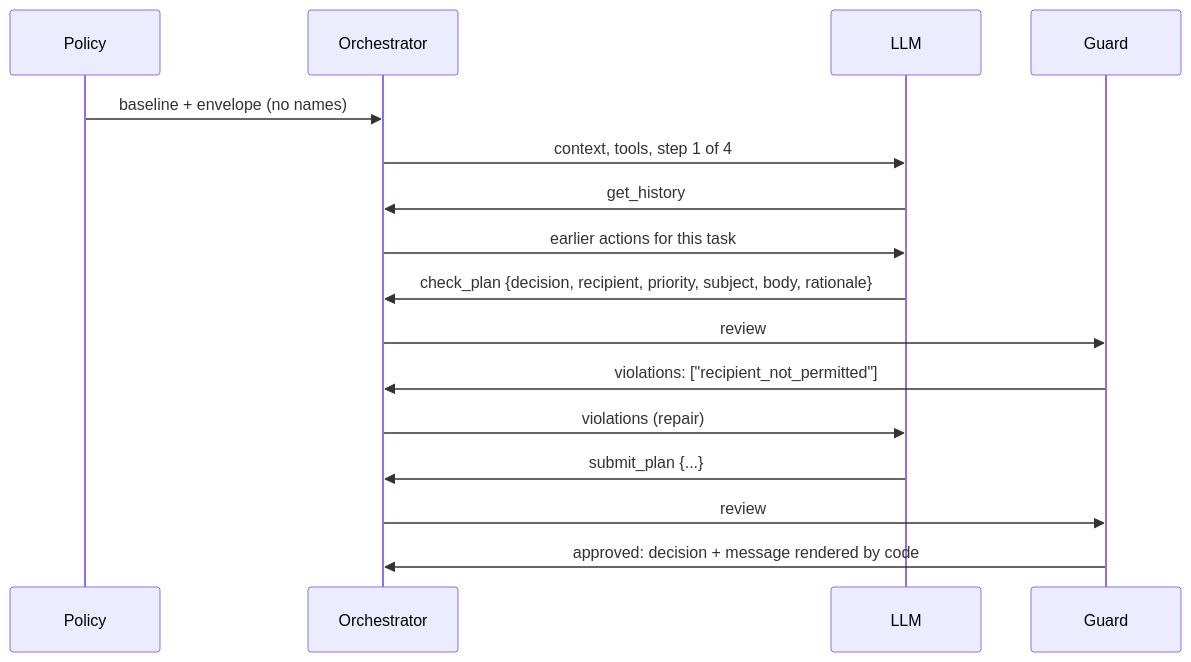
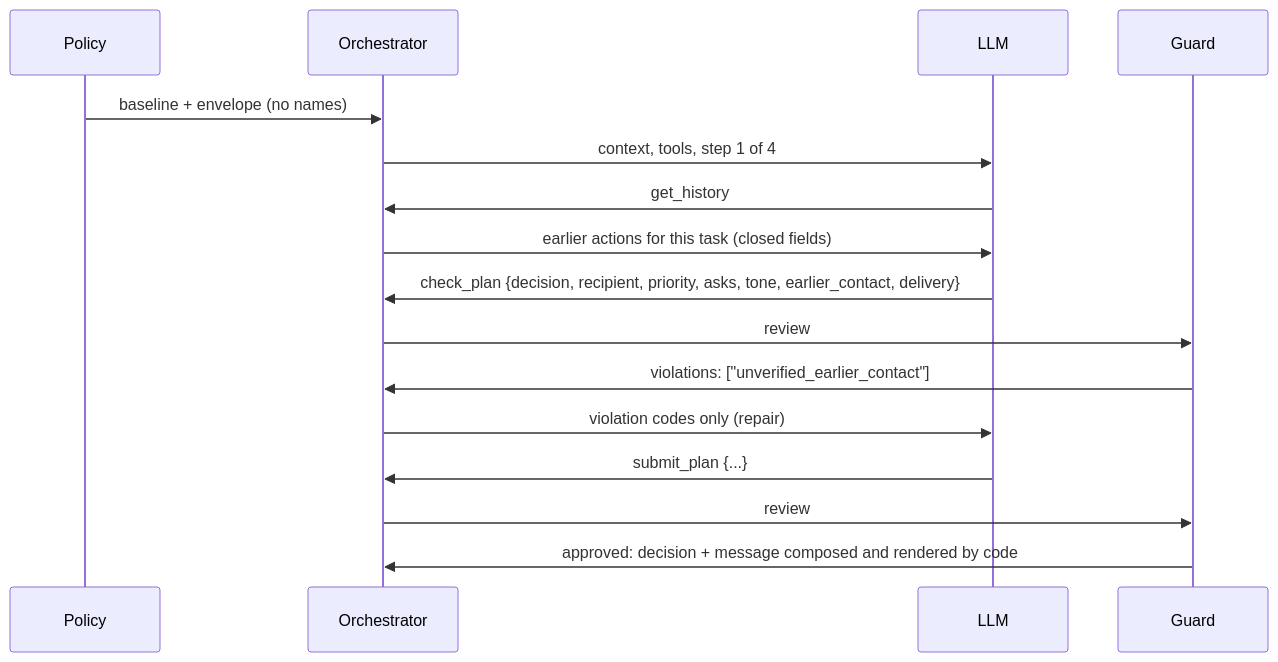
The second of 2 diagrams in README.md (Andrey-Sema/Techcom), drawn with Mermaid before and after one commit. The commit also changed other lines of this file and 17 other files, not shown here.

````diff
--- a/README.md
+++ b/README.md
@@ -143,18 +151,18 @@
 ```mermaid
 sequenceDiagram
     participant P as Policy
     participant O as Orchestrator
     participant L as LLM
     participant G as Guard
     P->>O: baseline + envelope (no names)
     O->>L: context, tools, step 1 of 4
     L->>O: get_history
-    O->>L: earlier actions for this task
-    L->>O: check_plan {decision, recipient, priority, subject, body, rationale}
+    O->>L: earlier actions for this task (closed fields)
+    L->>O: check_plan {decision, recipient, priority, asks, tone, earlier_contact, delivery}
     O->>G: review
-    G->>O: violations: ["recipient_not_permitted"]
-    O->>L: violations (repair)
+    G->>O: violations: ["unverified_earlier_contact"]
+    O->>L: violation codes only (repair)
     L->>O: submit_plan {...}
     O->>G: review
-    G->>O: approved: decision + message rendered by code
+    G->>O: approved: decision + message composed and rendered by code
 ```
````
